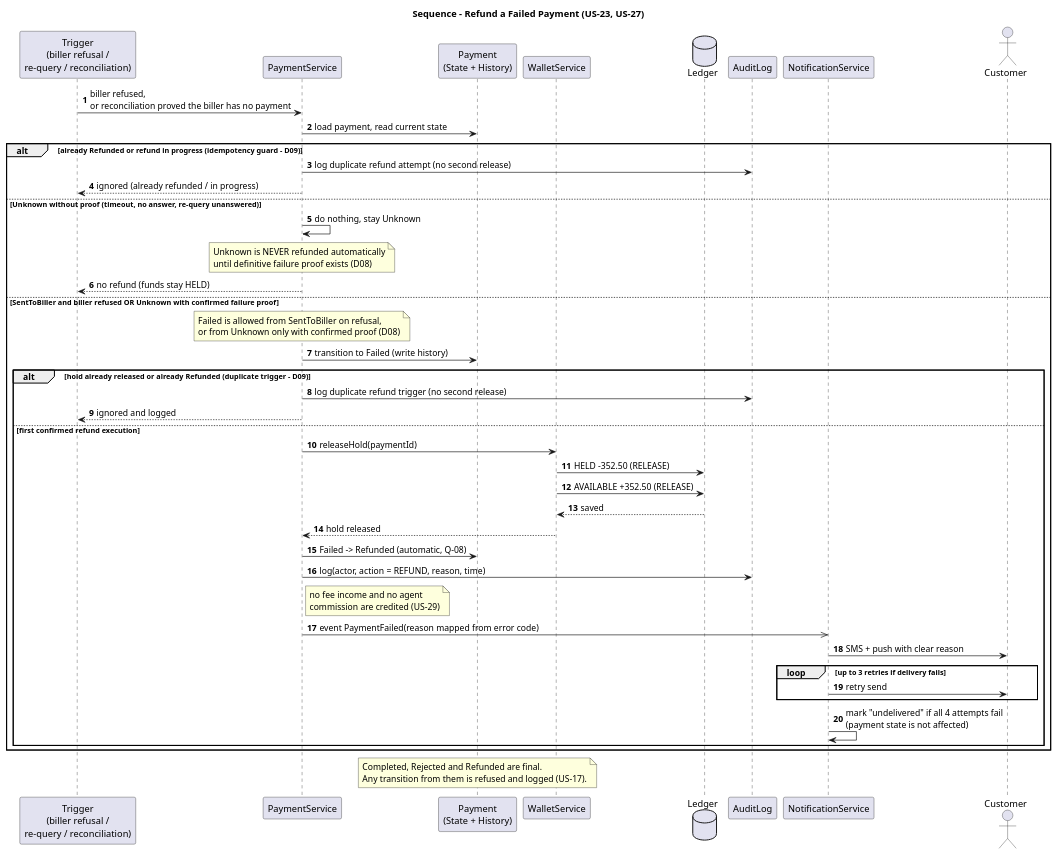
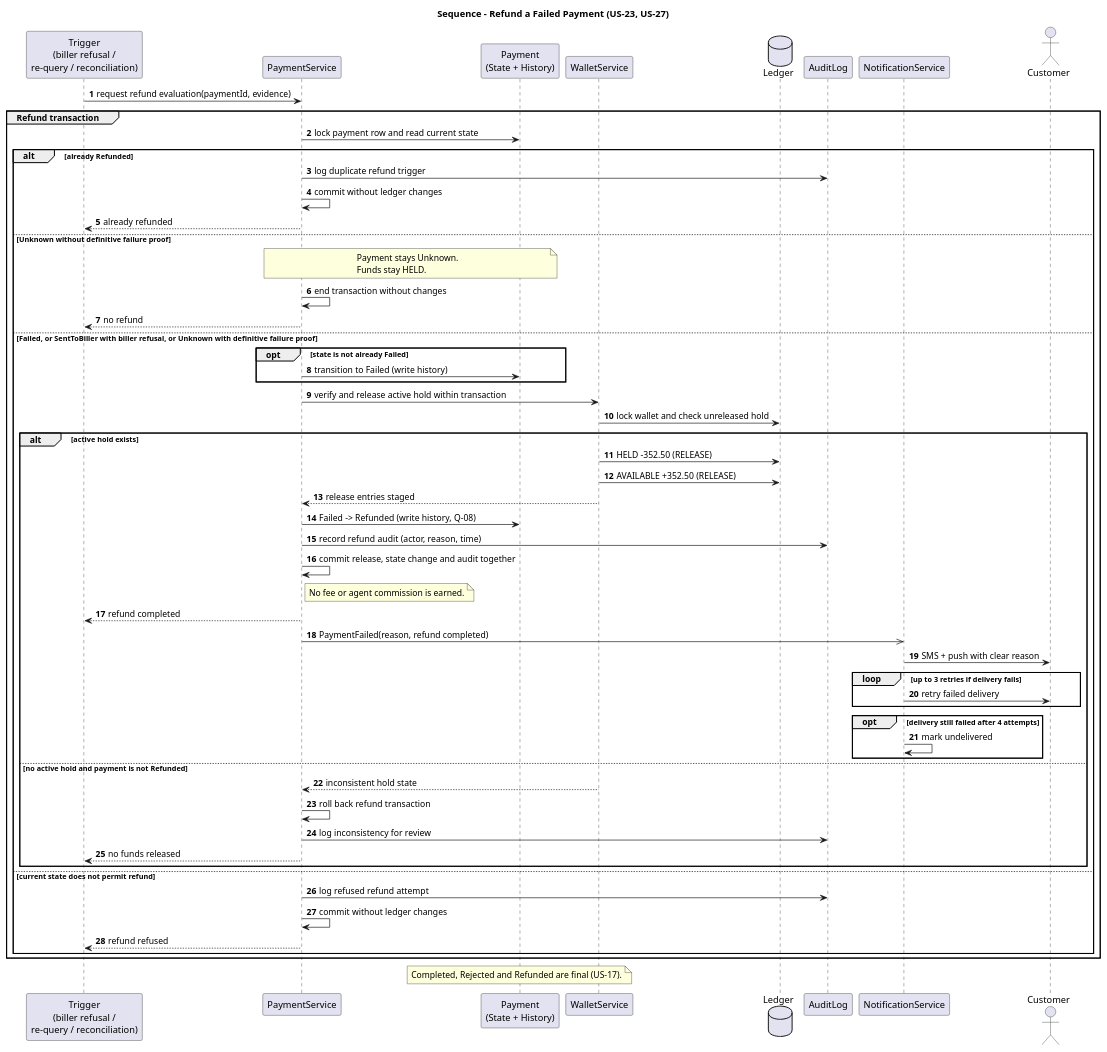
One commit to Islam-3mad/SW-assign1 changed the diagram in docs/design/04-seq-refund-failed.puml. Above: the diagram before and after it, drawn with PlantUML.

Commit message:
FIX 04-Seq-Refund

```diff
--- a/docs/design/04-seq-refund-failed.puml
+++ b/docs/design/04-seq-refund-failed.puml
@@ -1,50 +1,64 @@
 @startuml 04-seq-refund-failed
 title Sequence - Refund a Failed Payment (US-23, US-27)
 autonumber
 skinparam shadowing false
 
 participant "Trigger\n(biller refusal /\nre-query / reconciliation)" as T
 participant "PaymentService" as PS
 participant "Payment\n(State + History)" as P
 participant "WalletService" as W
 database "Ledger" as L
 participant "AuditLog" as AU
 participant "NotificationService" as N
 actor Customer as C
 
-T -> PS : biller refused,\nor reconciliation proved the biller has no payment
-PS -> P : load payment, read current state
+T -> PS : request refund evaluation(paymentId, evidence)
 
-alt already Refunded or refund in progress (idempotency guard - D09)
-  PS -> AU : log duplicate refund attempt (no second release)
-  PS --> T : ignored (already refunded / in progress)
-else Unknown without proof (timeout, no answer, re-query unanswered)
-  PS -> PS : do nothing, stay Unknown
-  note over PS : Unknown is NEVER refunded automatically\nuntil definitive failure proof exists (D08)
-  PS --> T : no refund (funds stay HELD)
-else SentToBiller and biller refused OR Unknown with confirmed failure proof
-  note over PS : Failed is allowed from SentToBiller on refusal,\nor from Unknown only with confirmed proof (D08)
-  PS -> P : transition to Failed (write history)
-  alt hold already released or already Refunded (duplicate trigger - D09)
-    PS -> AU : log duplicate refund trigger (no second release)
-    PS --> T : ignored and logged
-  else first confirmed refund execution
-    PS -> W : releaseHold(paymentId)
-    W -> L : HELD -352.50 (RELEASE)
-    W -> L : AVAILABLE +352.50 (RELEASE)
-    L --> W : saved
-    W --> PS : hold released
-    PS -> P : Failed -> Refunded (automatic, Q-08)
-    PS -> AU : log(actor, action = REFUND, reason, time)
-    note right of PS : no fee income and no agent\ncommission are credited (US-29)
-    PS ->> N : event PaymentFailed(reason mapped from error code)
-    N -> C : SMS + push with clear reason
-    loop up to 3 retries if delivery fails
-      N -> C : retry send
+group Refund transaction
+  PS -> P : lock payment row and read current state
+  alt already Refunded
+    PS -> AU : log duplicate refund trigger
+    PS -> PS : commit without ledger changes
+    PS --> T : already refunded
+  else Unknown without definitive failure proof
+    note over PS, P : Payment stays Unknown.\nFunds stay HELD.
+    PS -> PS : end transaction without changes
+    PS --> T : no refund
+  else Failed, or SentToBiller with biller refusal, or Unknown with definitive failure proof
+    opt state is not already Failed
+      PS -> P : transition to Failed (write history)
     end
-    N -> N : mark "undelivered" if all 4 attempts fail\n(payment state is not affected)
+    PS -> W : verify and release active hold within transaction
+    W -> L : lock wallet and check unreleased hold
+    alt active hold exists
+      W -> L : HELD -352.50 (RELEASE)
+      W -> L : AVAILABLE +352.50 (RELEASE)
+      W --> PS : release entries staged
+      PS -> P : Failed -> Refunded (write history, Q-08)
+      PS -> AU : record refund audit (actor, reason, time)
+      PS -> PS : commit release, state change and audit together
+      note right of PS : No fee or agent commission is earned.
+      PS --> T : refund completed
+      PS ->> N : PaymentFailed(reason, refund completed)
+      N -> C : SMS + push with clear reason
+      loop up to 3 retries if delivery fails
+        N -> C : retry failed delivery
+      end
+      opt delivery still failed after 4 attempts
+        N -> N : mark undelivered
+      end
+    else no active hold and payment is not Refunded
+      W --> PS : inconsistent hold state
+      PS -> PS : roll back refund transaction
+      PS -> AU : log inconsistency for review
+      PS --> T : no funds released
+    end
+  else current state does not permit refund
+    PS -> AU : log refused refund attempt
+    PS -> PS : commit without ledger changes
+    PS --> T : refund refused
   end
 end
 
-note over P : Completed, Rejected and Refunded are final.\nAny transition from them is refused and logged (US-17).
+note over P : Completed, Rejected and Refunded are final (US-17).
 @enduml
```
